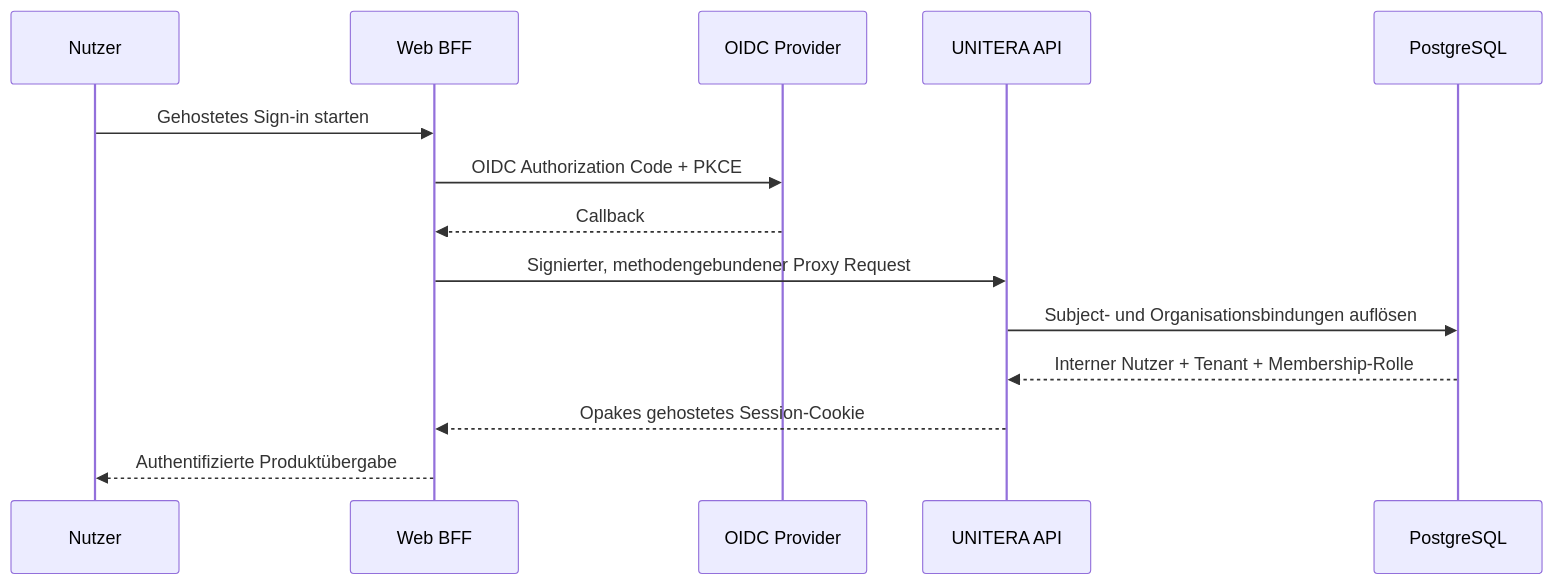
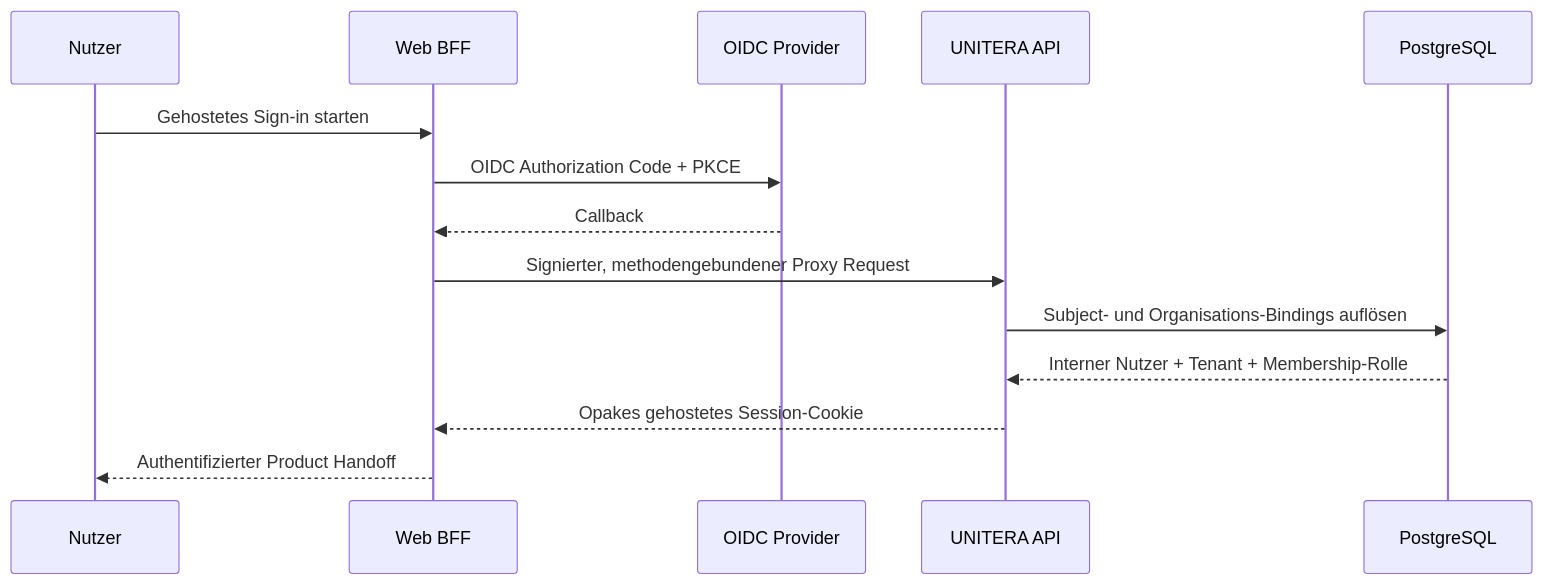
Before and after one commit to baum777/unitera_public_docs: the second of 3 diagrams in docs/de/product/signup-to-discovery.md, drawn with Mermaid. The commit also changed other lines of this file, not shown here.

Commit message:
docs: update German signup-to-discovery with current product implementation

````diff
--- a/docs/de/product/signup-to-discovery.md
+++ b/docs/de/product/signup-to-discovery.md
@@ -32,17 +32,17 @@
 ```mermaid
 sequenceDiagram
     participant U as Nutzer
     participant W as Web BFF
     participant I as OIDC Provider
     participant A as UNITERA API
     participant D as PostgreSQL
 
     U->>W: Gehostetes Sign-in starten
     W->>I: OIDC Authorization Code + PKCE
     I-->>W: Callback
     W->>A: Signierter, methodengebundener Proxy Request
-    A->>D: Subject- und Organisationsbindungen auflösen
+    A->>D: Subject- und Organisations-Bindings auflösen
     D-->>A: Interner Nutzer + Tenant + Membership-Rolle
     A-->>W: Opakes gehostetes Session-Cookie
-    W-->>U: Authentifizierte Produktübergabe
+    W-->>U: Authentifizierter Product Handoff
 ```
````
